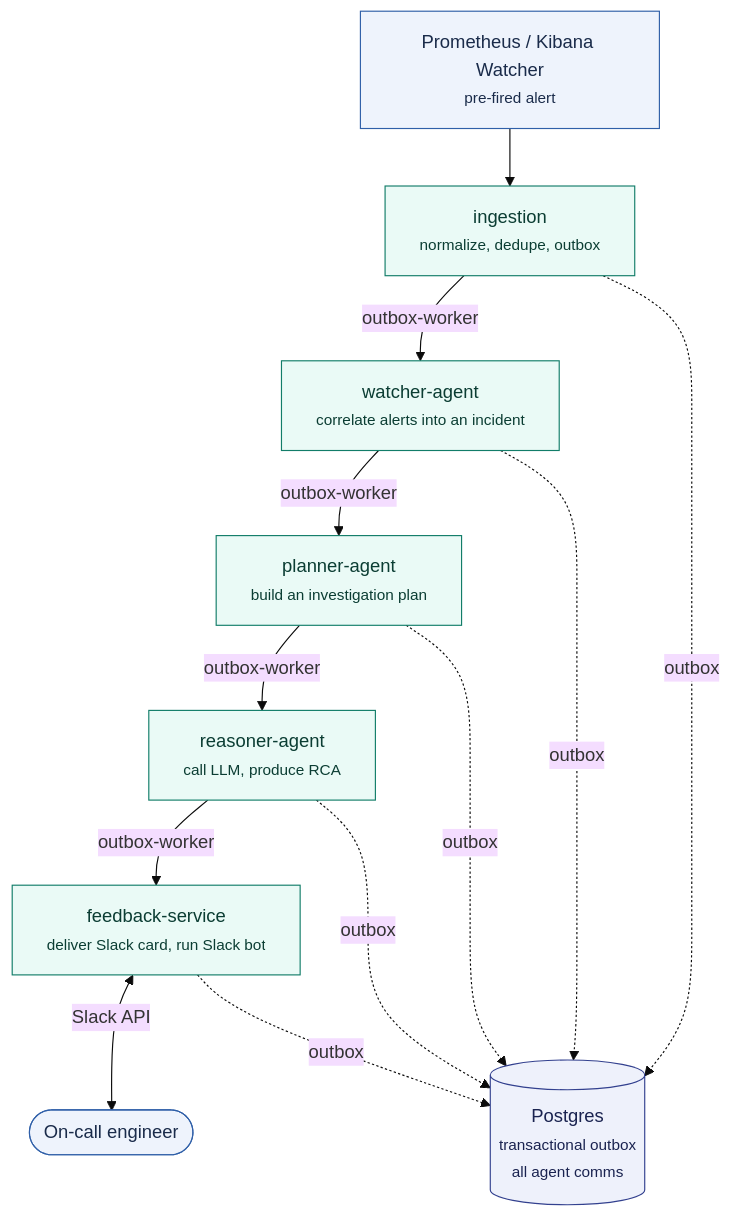
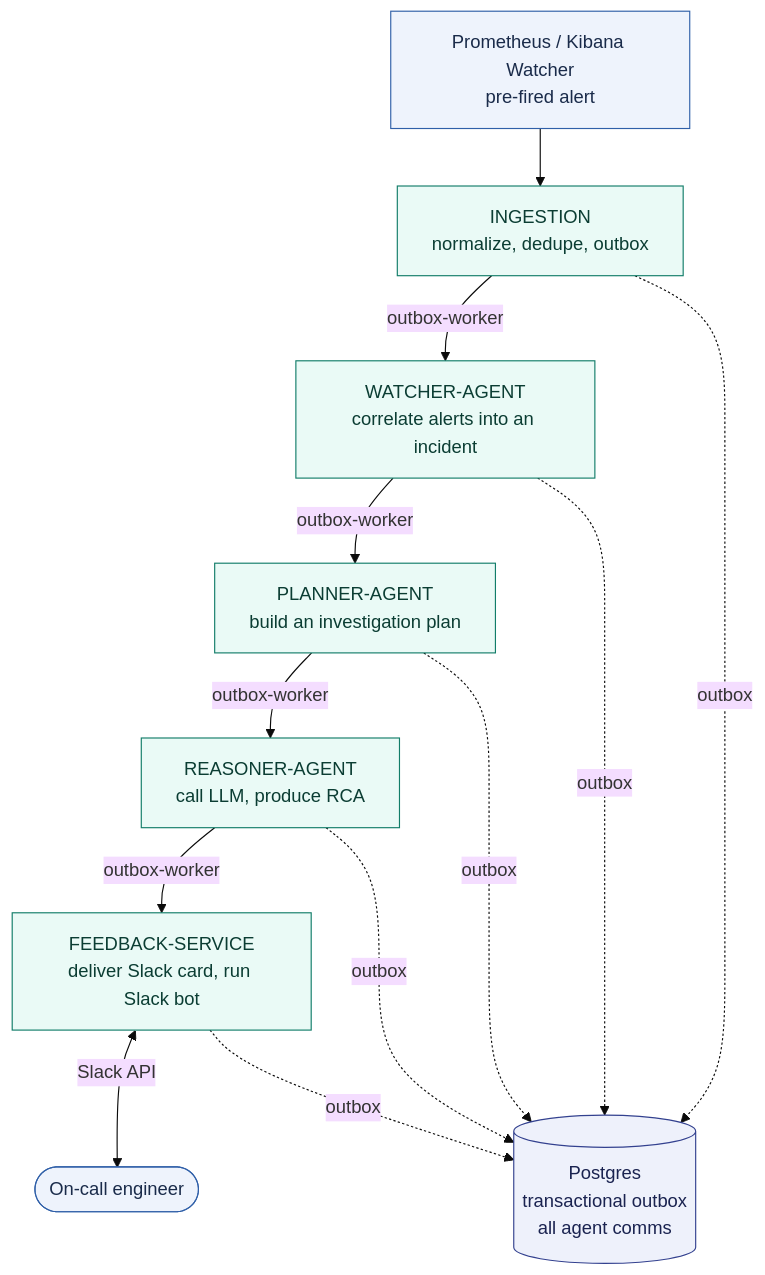
Before and after one commit to k-kohli10/radar-system: the diagram in docs/architecture/system-overview.md, drawn with Mermaid (base theme). The commit also changed 4 other files, not shown here.

Commit message:
docs(diagrams): uppercase service names and drop <small> tags

````diff
--- a/docs/architecture/system-overview.md
+++ b/docs/architecture/system-overview.md
@@ -59,32 +59,32 @@
 ```mermaid
 flowchart TB
-    ext["Prometheus / Kibana Watcher<br/><small>pre-fired alert</small>"]
-    ing["ingestion<br/><small>normalize, dedupe, outbox</small>"]
-    watcher["watcher-agent<br/><small>correlate alerts into an incident</small>"]
-    planner["planner-agent<br/><small>build an investigation plan</small>"]
-    reasoner["reasoner-agent<br/><small>call LLM, produce RCA</small>"]
-    feedback["feedback-service<br/><small>deliver Slack card, run Slack bot</small>"]
+    ext["Prometheus / Kibana Watcher<br/>pre-fired alert"]
+    ing["INGESTION<br/>normalize, dedupe, outbox"]
+    watcher["WATCHER-AGENT<br/>correlate alerts into an incident"]
+    planner["PLANNER-AGENT<br/>build an investigation plan"]
+    reasoner["REASONER-AGENT<br/>call LLM, produce RCA"]
+    feedback["FEEDBACK-SERVICE<br/>deliver Slack card, run Slack bot"]
     oncall(["On-call engineer"])
-    pg[("Postgres<br/><small>transactional outbox<br/>all agent comms</small>")]
+    pg[("Postgres<br/>transactional outbox<br/>all agent comms")]
 
     ext --> ing
     ing -- outbox-worker --> watcher
     watcher -- outbox-worker --> planner
     planner -- outbox-worker --> reasoner
     reasoner -- outbox-worker --> feedback
     feedback <-- Slack API --> oncall
 
     ing -. outbox .-> pg
     watcher -. outbox .-> pg
     planner -. outbox .-> pg
     reasoner -. outbox .-> pg
     feedback -. outbox .-> pg
 
     classDef external fill:#eef3fc,stroke:#2f5fa8,color:#1a2b4a;
     classDef agent fill:#eafaf6,stroke:#127d69,color:#0b3d33;
     classDef store fill:#eef1fb,stroke:#33418f,color:#1a2350;
 
     class ext,oncall external
     class ing,watcher,planner,reasoner,feedback agent
     class pg store
 ```
````
